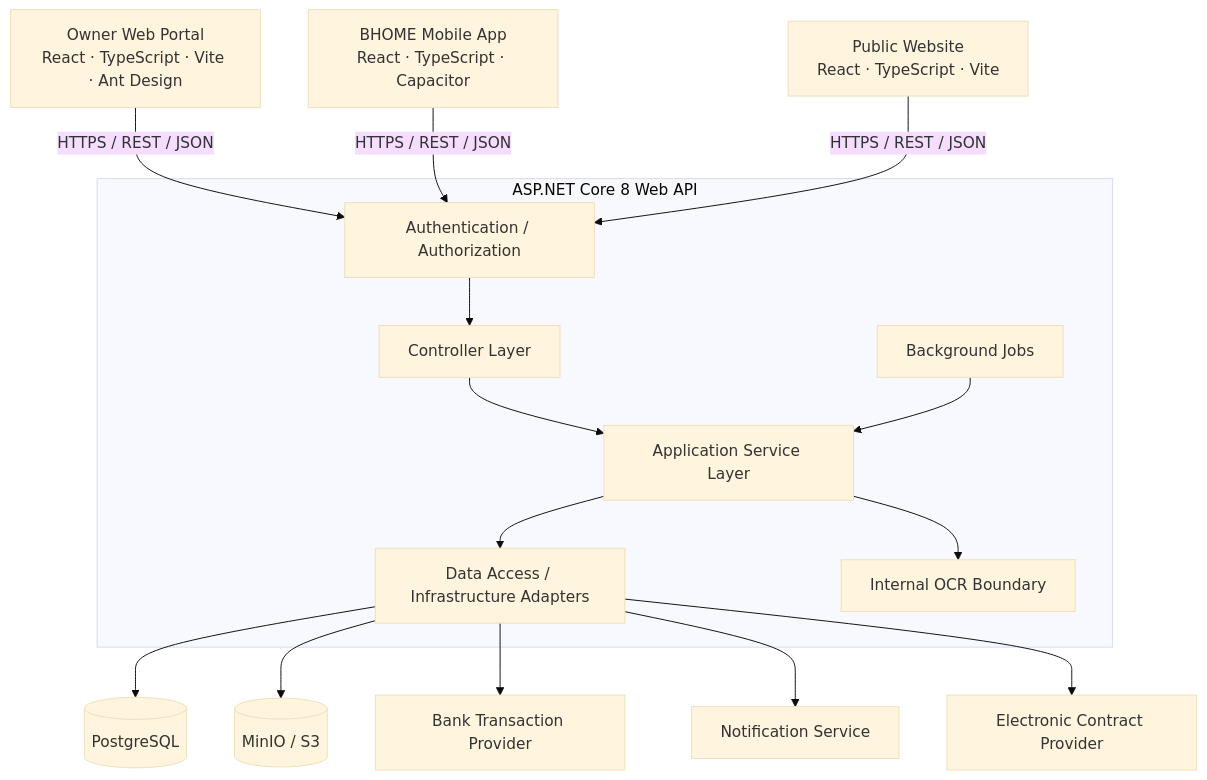
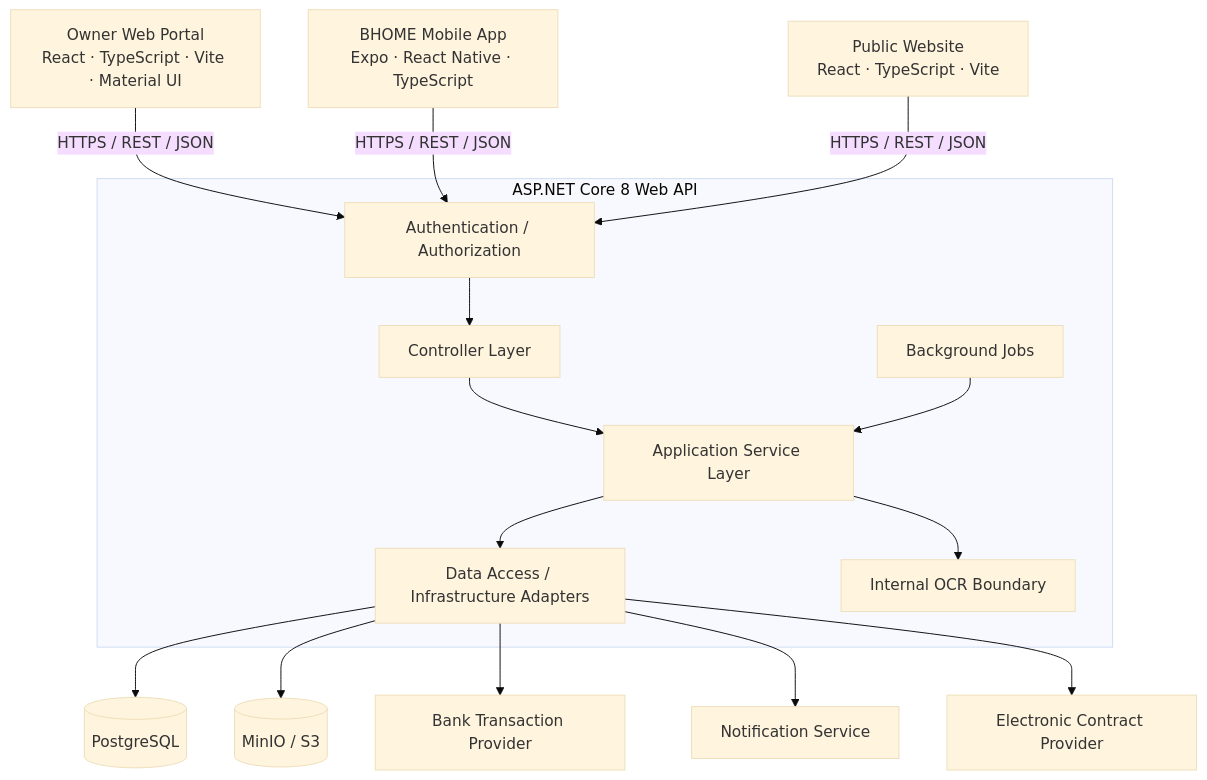
The first of 2 diagrams in docs/architecture/ARCHITECTURE.md (nguyenhuy238/SEP490-G92-BHOME), drawn with Mermaid (base theme) before and after one commit. The commit also changed other lines of this file and 40 other files, not shown here.

````diff
--- a/docs/architecture/ARCHITECTURE.md
+++ b/docs/architecture/ARCHITECTURE.md
@@ -9,21 +10,21 @@
 ```mermaid
 flowchart TB
-  Owner[Owner Web Portal<br/>React · TypeScript · Vite · Ant Design]
-  Mobile[BHOME Mobile App<br/>React · TypeScript · Capacitor]
+  Owner[Owner Web Portal<br/>React · TypeScript · Vite · Material UI]
+  Mobile[BHOME Mobile App<br/>Expo · React Native · TypeScript]
   Public[Public Website<br/>React · TypeScript · Vite]
   Owner -->|HTTPS / REST / JSON| Auth
   Mobile -->|HTTPS / REST / JSON| Auth
   Public -->|HTTPS / REST / JSON| Auth
   subgraph API[ASP.NET Core 8 Web API]
     Auth[Authentication / Authorization] --> Controllers[Controller Layer]
     Controllers --> Services[Application Service Layer]
     Services --> Access[Data Access / Infrastructure Adapters]
     Services --> OCR[Internal OCR Boundary]
     Jobs[Background Jobs] --> Services
   end
   Access --> DB[(PostgreSQL)]
   Access --> Files[(MinIO / S3)]
   Access --> Bank[Bank Transaction Provider]
   Access --> Notify[Notification Service]
   Access --> Contract[Electronic Contract Provider]
 ```
````
